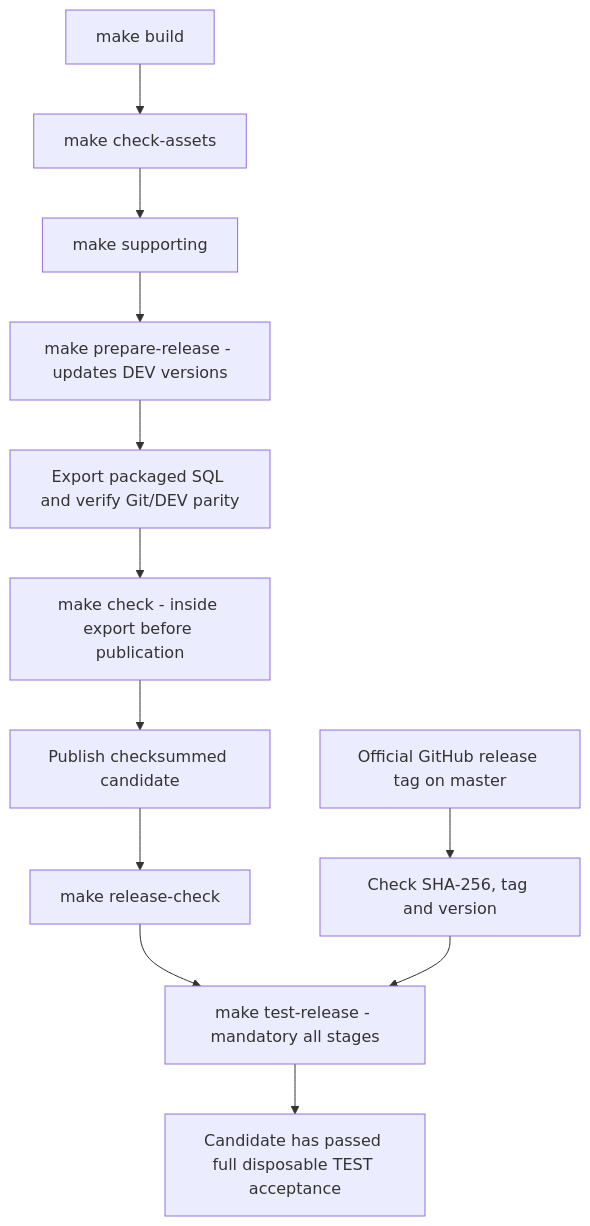
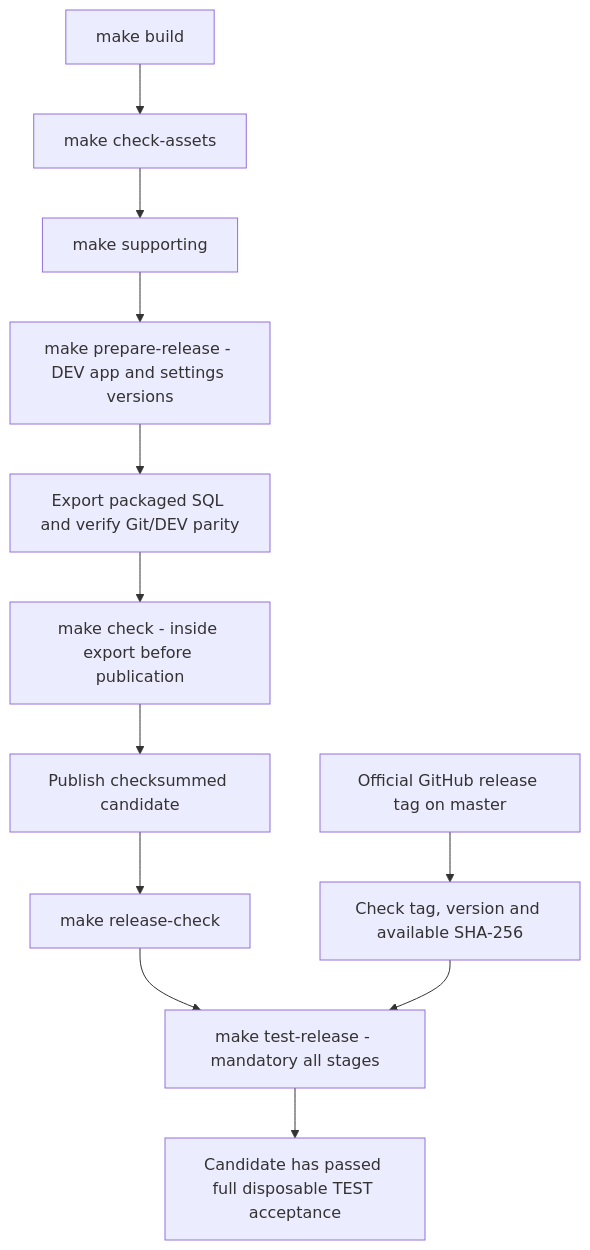
Before and after one commit to jariolaine/apex-blog: the second of 2 diagrams in automation/docs/DEVELOPMENT_FLOW.md, drawn with Mermaid. The commit also changed other lines of this file and 25 other files, not shown here.

````diff
--- a/automation/docs/DEVELOPMENT_FLOW.md
+++ b/automation/docs/DEVELOPMENT_FLOW.md
@@ -108,14 +160,14 @@
 ```mermaid
 flowchart TD
     Begin["make build"] --> Assets["make check-assets"]
     Assets --> Support["make supporting"]
-    Support --> Prepare["make prepare-release - updates DEV versions"]
+    Support --> Prepare["make prepare-release - DEV app and settings versions"]
     Prepare --> Export["Export packaged SQL and verify Git/DEV parity"]
     Export --> Quality["make check - inside export before publication"]
     Quality --> Publish["Publish checksummed candidate"]
     Publish --> Release["make release-check"]
     Release --> Tests["make test-release - mandatory all stages"]
     Official["Official GitHub release tag on master"]
-    Official --> Verify["Check SHA-256, tag and version"] --> Tests
+    Official --> Verify["Check tag, version and available SHA-256"] --> Tests
     Tests --> Done["Candidate has passed full disposable TEST acceptance"]
 ```
````
